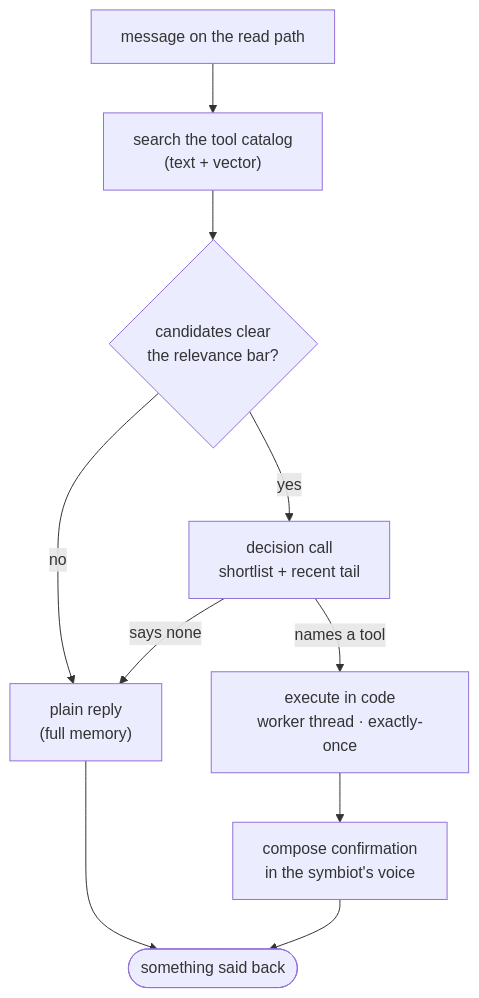
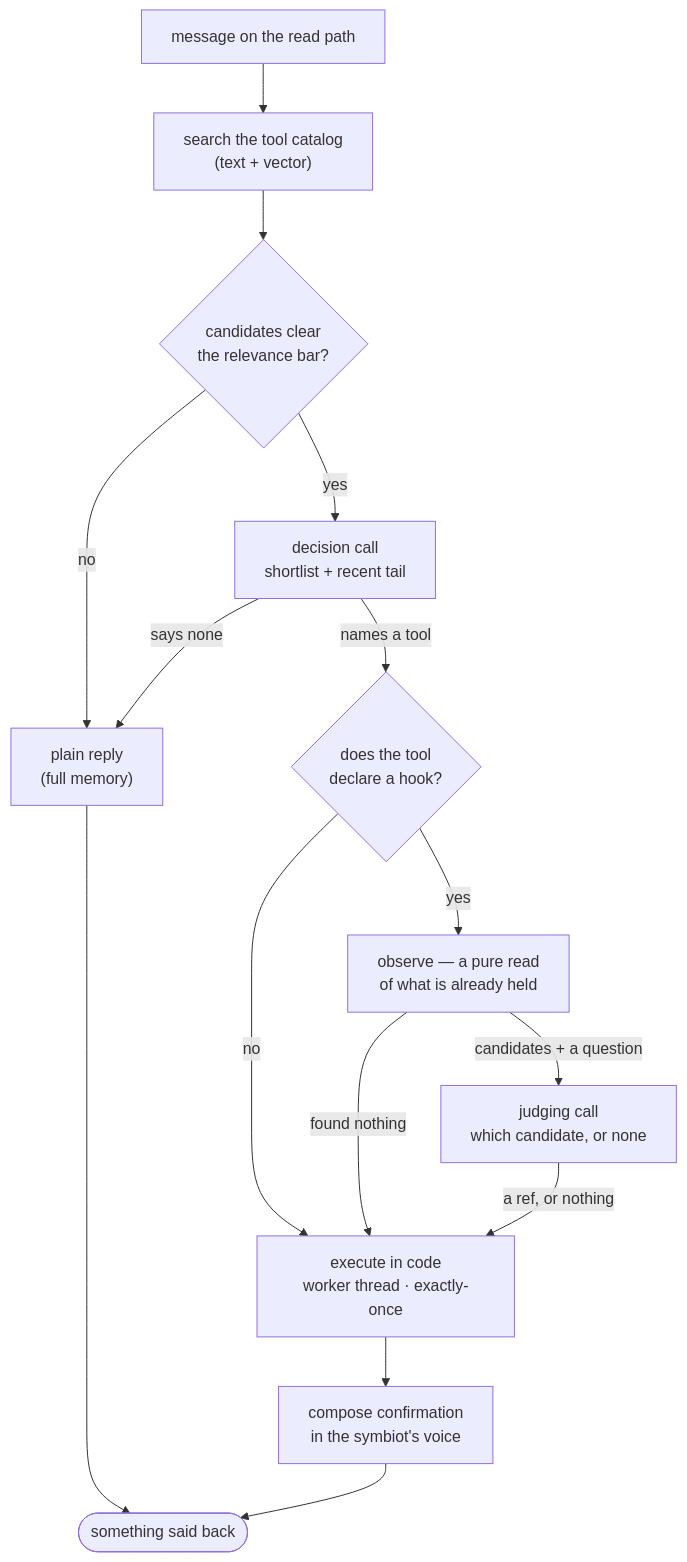
Before and after one commit to the-joy-com/kernel.os-joy.com: the first of 3 diagrams in doc/tool-calling.md, drawn with Mermaid. The commit also changed other lines of this file and 43 other files, not shown here.

````diff
--- a/doc/tool-calling.md
+++ b/doc/tool-calling.md
@@ -30,12 +31,17 @@
 ```mermaid
 flowchart TD
     msg["message on the read path"] --> search["search the tool catalog<br/>(text + vector)"]
     search --> gate{"candidates clear<br/>the relevance bar?"}
     gate -->|no| reply["plain reply<br/>(full memory)"]
     gate -->|yes| decide["decision call<br/>shortlist + recent tail"]
     decide -->|says none| reply
-    decide -->|names a tool| exec["execute in code<br/>worker thread · exactly-once"]
+    decide -->|names a tool| hook{"does the tool<br/>declare a hook?"}
+    hook -->|no| exec["execute in code<br/>worker thread · exactly-once"]
+    hook -->|yes| look["observe — a pure read<br/>of what is already held"]
+    look -->|found nothing| exec
+    look -->|candidates + a question| judge["judging call<br/>which candidate, or none"]
+    judge -->|a ref, or nothing| exec
     exec --> confirm["compose confirmation<br/>in the symbiot's voice"]
     reply --> out(["something said back"])
     confirm --> out
 ```
````
